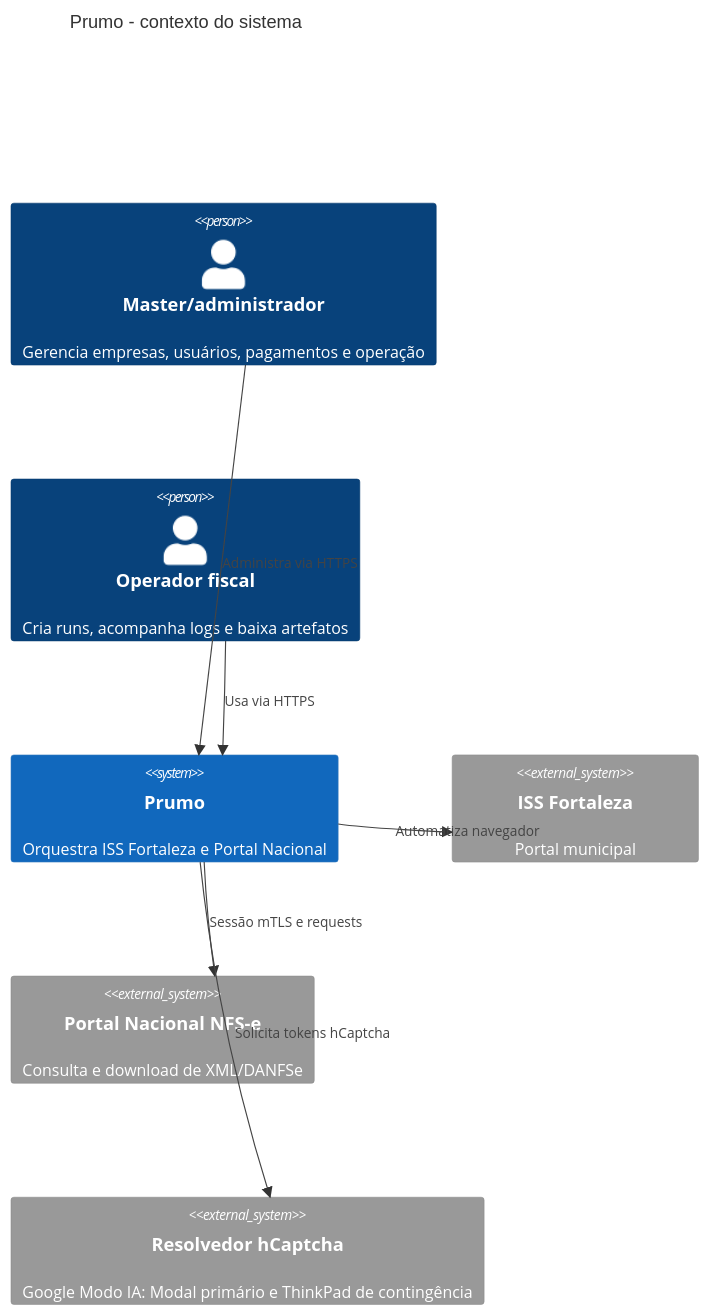
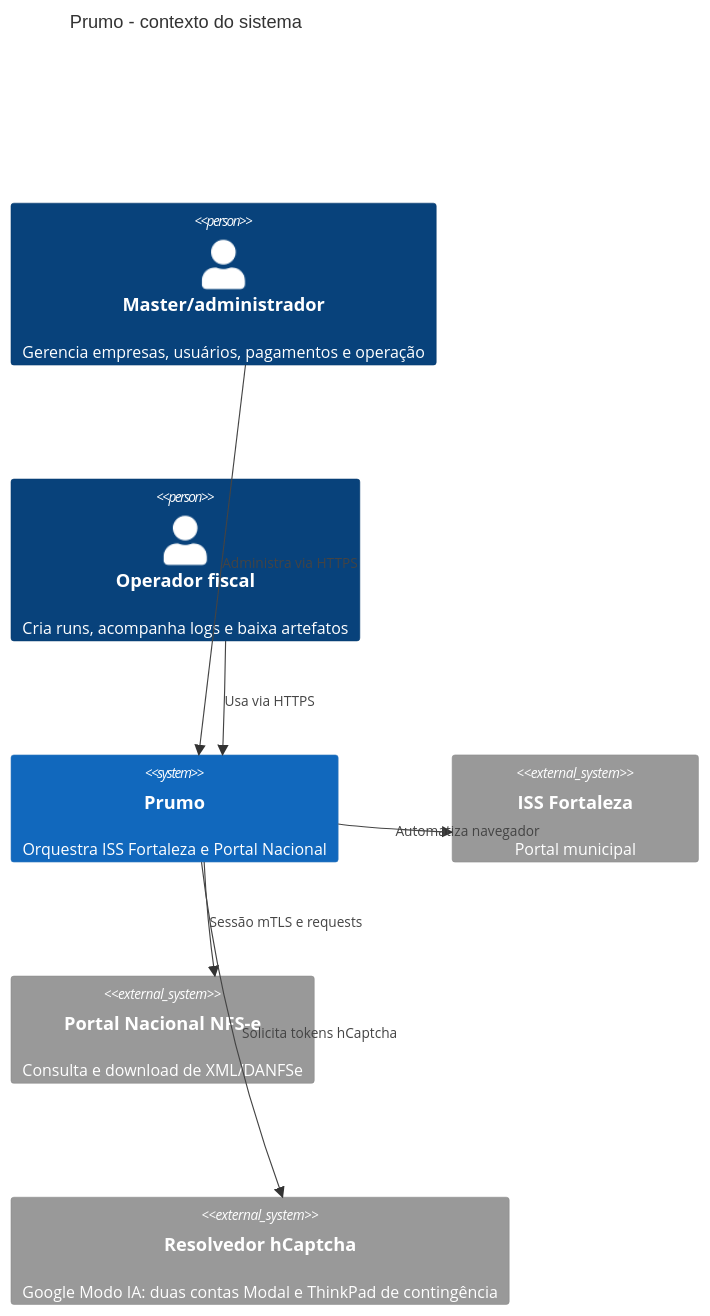
One commit to prumosistemas/app changed the first of 3 diagrams in docs/C4.md. Above: the diagram before and after it, drawn with Mermaid. The commit also changed other lines of this file and 10 other files, not shown here.

````diff
--- a/docs/C4.md
+++ b/docs/C4.md
@@ -5,15 +5,15 @@
 ```mermaid
 C4Context
   title Prumo - contexto do sistema
   Person(master, "Master/administrador", "Gerencia empresas, usuários, pagamentos e operação")
   Person(operador, "Operador fiscal", "Cria runs, acompanha logs e baixa artefatos")
   System(prumo, "Prumo", "Orquestra ISS Fortaleza e Portal Nacional")
   System_Ext(iss, "ISS Fortaleza", "Portal municipal")
   System_Ext(nfse, "Portal Nacional NFS-e", "Consulta e download de XML/DANFSe")
-  System_Ext(ai, "Resolvedor hCaptcha", "Google Modo IA: Modal primário e ThinkPad de contingência")
+  System_Ext(ai, "Resolvedor hCaptcha", "Google Modo IA: duas contas Modal e ThinkPad de contingência")
   Rel(master, prumo, "Administra via HTTPS")
   Rel(operador, prumo, "Usa via HTTPS")
   Rel(prumo, iss, "Automatiza navegador")
   Rel(prumo, nfse, "Sessão mTLS e requests")
   Rel(prumo, ai, "Solicita tokens hCaptcha")
 ```
````
